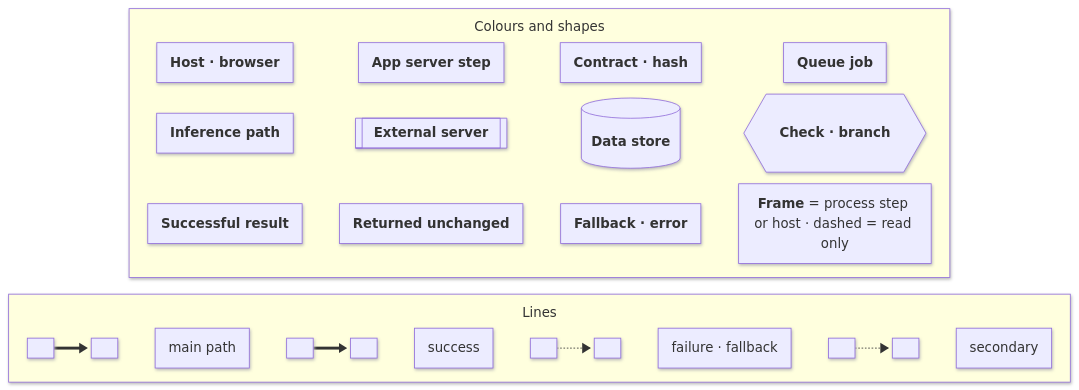
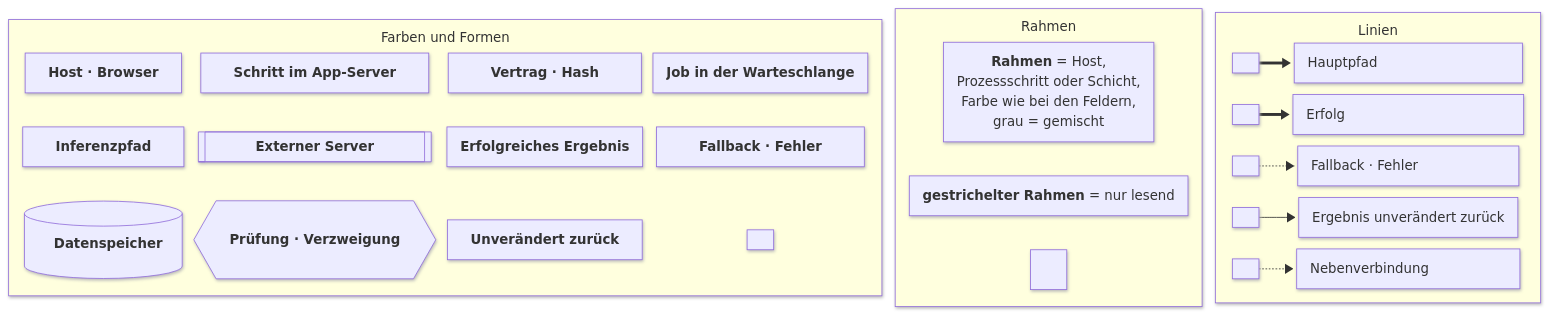
The diagram in docs/referat-thema-1/diagrams/1c-legende-anhang.mmd (NiklasSkulll/arsnova.eu), drawn with Mermaid before and after one commit. The commit also changed 39 other files, not shown here.

First line of the commit message:
docs(referat): translate the 1C diagrams and align them to def56700

```diff
--- a/docs/referat-thema-1/diagrams/1c-legende-anhang.mmd
+++ b/docs/referat-thema-1/diagrams/1c-legende-anhang.mmd
@@ -1,45 +1,57 @@
 ---
 config:
   look: neo
   flowchart:
     curve: basis
     nodeSpacing: 14
-    rankSpacing: 20
-    wrappingWidth: 200
+    rankSpacing: 16
+    padding: 8
+    wrappingWidth: 320
     subGraphTitleMargin:
       top: 10
-      bottom: 14
+      bottom: 10
 ---
-flowchart TB
-  subgraph SHAPES["Colours and shapes"]
+flowchart LR
+  subgraph SHAPES["Farben und Formen"]
+    direction TB
+    h["`⠀**Host · Browser**⠀`"] ~~~ r["`⠀⠀**Inferenzpfad**⠀⠀`"] ~~~ s[("`⠀⠀**Datenspeicher**⠀`")]
+    a["`⠀⠀**Schritt im App-Server**⠀⠀`"] ~~~ x[["`⠀⠀⠀⠀**Externer Server**⠀⠀⠀⠀`"]] ~~~ d{{"`**Prüfung · Verzweigung**`"}}
+    c["`⠀⠀⠀**Vertrag · Hash**⠀⠀⠀`"] ~~~ ok["`**Erfolgreiches Ergebnis**`"] ~~~ n["`⠀**Unverändert zurück**⠀`"]
+    q["`**Job in der Warteschlange**`"] ~~~ fb["`⠀⠀⠀**Fallback · Fehler**⠀⠀⠀`"] ~~~ z[" "]
+  end
+  subgraph FRAMES["Rahmen"]
+    direction TB
+    fr["`**Rahmen** = Host,
+    Prozessschritt oder Schicht,
+    Farbe wie bei den Feldern,
+    grau = gemischt`"] ~~~ frd["`**gestrichelter Rahmen** = nur lesend`"] ~~~ fz1["⠀"]
+  end
+  subgraph EDGES["Linien"]
     direction LR
-    h["`**Host · browser**`"] ~~~ a["`**App server step**`"] ~~~ c["`**Contract · hash**`"] ~~~ q["`**Queue job**`"]
-    r["`**Inference path**`"] ~~~ x[["`**External server**`"]] ~~~ s[("`**Data store**`")] ~~~ d{{"`**Check · branch**`"}}
-    ok["`**Successful result**`"] ~~~ n["`**Returned unchanged**`"] ~~~ fb["`**Fallback · error**`"] ~~~ fr["`**Frame** = process step or host · dashed = read only`"]
+    m1[" "] e1@==> t1["Hauptpfad⠀⠀⠀⠀⠀⠀⠀⠀⠀⠀⠀ ⠀ ⠀"]
+    o1[" "] e2@==> t2["Erfolg⠀⠀⠀⠀⠀⠀⠀⠀⠀⠀⠀⠀⠀⠀⠀⠀⠀"]
+    f1[" "] e3@-.-> t3["Fallback · Fehler⠀⠀⠀⠀⠀⠀⠀⠀⠀"]
+    u1[" "] e5@--> t5["Ergebnis unverändert zurück"]
+    s1[" "] e4@-.-> t4["Nebenverbindung⠀⠀⠀⠀⠀⠀⠀⠀"]
   end
-  subgraph EDGES["Lines"]
-    direction LR
-    m1[" "] e1@==> m2[" "] ~~~ t1["main path"]
-    t1 ~~~ o1[" "] e2@==> o2[" "] ~~~ t2["success"]
-    t2 ~~~ f1[" "] e3@-.-> f2[" "] ~~~ t3["failure · fallback"]
-    t3 ~~~ s1[" "] e4@-.-> s2[" "] ~~~ t4["secondary"]
-  end
-  SHAPES ~~~ EDGES
+  SHAPES ~~~ FRAMES ~~~ EDGES
   class h host
   class a app
   class c contract
   class q queue
   class r,x runtime
   class s store
   class d,n decision
   class ok result
   class fb fallback
-  class fr plain
-  class m1,m2,o1,o2,f1,f2,s1,s2 dot
-  class t1,t2,t3,t4 plain
-  class SHAPES,EDGES storeGroup
+  class fr appGroup
+  class frd storeGroup
+  class m1,o1,f1,u1,s1,z,fz1 dot
+  class t1,t2,t3,t4,t5 plain
+  class SHAPES,FRAMES,EDGES legendGroup
   class e1 emph
   class e2 ok
   class e3 fail
+  class e5 same
   class e4 muted
 %% palette
```
